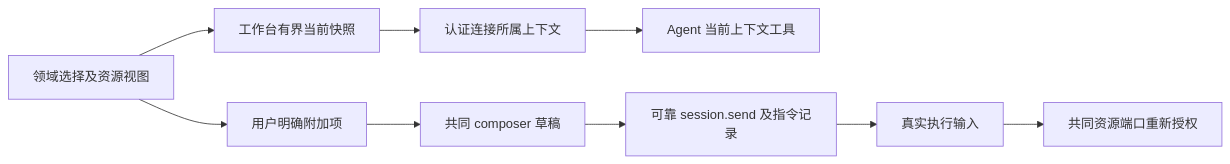
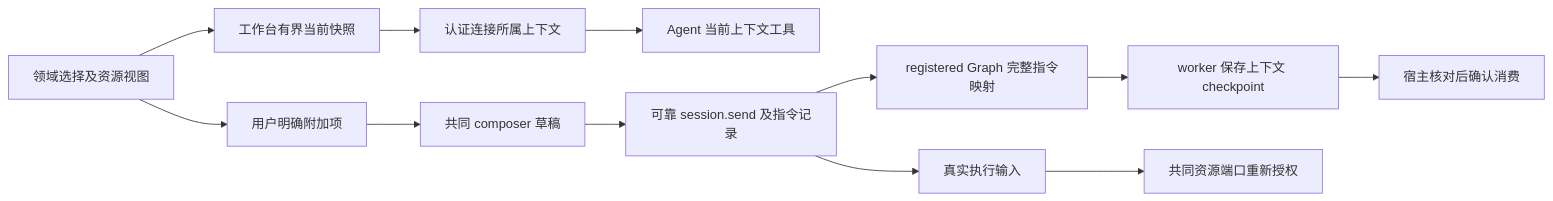
One commit to leike0813/Scholoom changed the first of 2 diagrams in openspec/changes/establish-workbench-context-bridge/design.md. Above: the diagram before and after it, drawn with Mermaid. The commit also changed other lines of this file and 13 other files, not shown here.

Commit message:
feat: persist registered graph instruction context

````diff
--- a/openspec/changes/establish-workbench-context-bridge/design.md
+++ b/openspec/changes/establish-workbench-context-bridge/design.md
@@ -5,11 +5,14 @@
 ```mermaid
 flowchart LR
   V[领域选择及资源视图] --> S[工作台有界当前快照]
   S --> C[认证连接所属上下文]
   C --> T[Agent 当前上下文工具]
   V --> A[用户明确附加项]
   A --> D[共同 composer 草稿]
   D --> I[可靠 session.send 及指令记录]
   I --> H[真实执行输入]
+  I --> G[registered Graph 完整指令映射]
+  G --> P[worker 保存上下文 checkpoint]
+  P --> K[宿主核对后确认消费]
   H --> R[共同资源端口重新授权]
 ```
````
